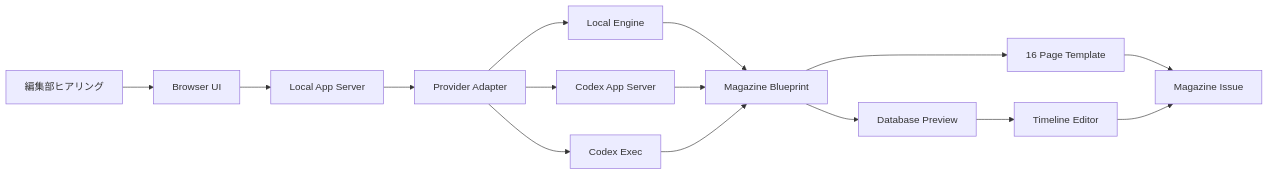
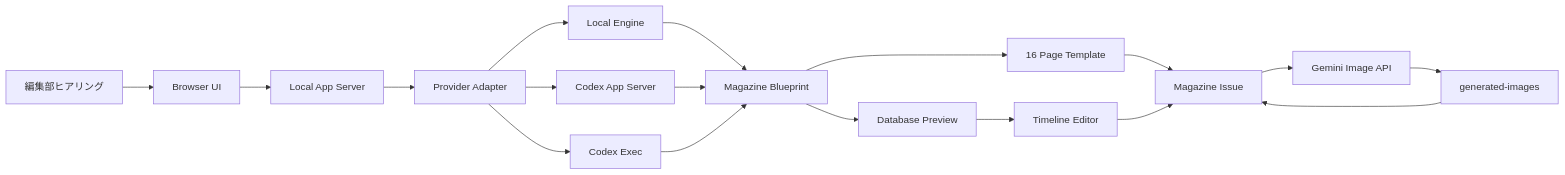
One commit to keiichimochi/mymagazine-codex changed the diagram in docs/architecture.md. Above: the diagram before and after it, drawn with Mermaid. The commit also changed other lines of this file and 12 other files, not shown here.

Commit message:
Add Gemini magazine image generation

````diff
--- a/docs/architecture.md
+++ b/docs/architecture.md
@@ -5,17 +5,20 @@
 ```mermaid
 flowchart LR
   A["編集部ヒアリング"] --> B["Browser UI"]
   B --> C["Local App Server"]
   C --> D["Provider Adapter"]
   D --> E["Local Engine"]
   D --> F["Codex App Server"]
   D --> G["Codex Exec"]
   E --> H["Magazine Blueprint"]
   F --> H
   G --> H
   H --> I["Database Preview"]
   H --> J["16 Page Template"]
   J --> K["Magazine Issue"]
   I --> L["Timeline Editor"]
   L --> K
+  K --> M["Gemini Image API"]
+  M --> N["generated-images"]
+  N --> K
 ```
````
